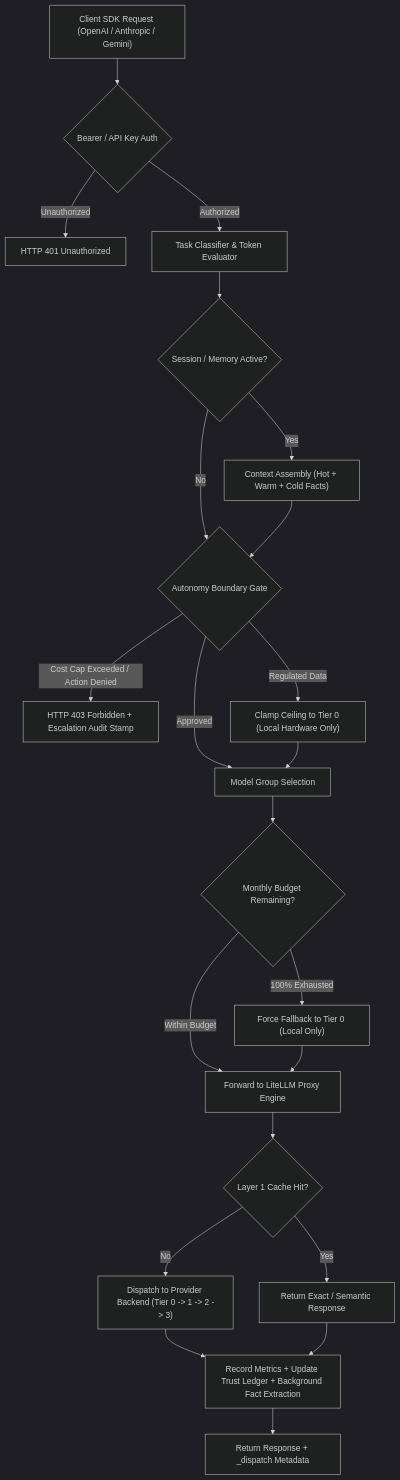
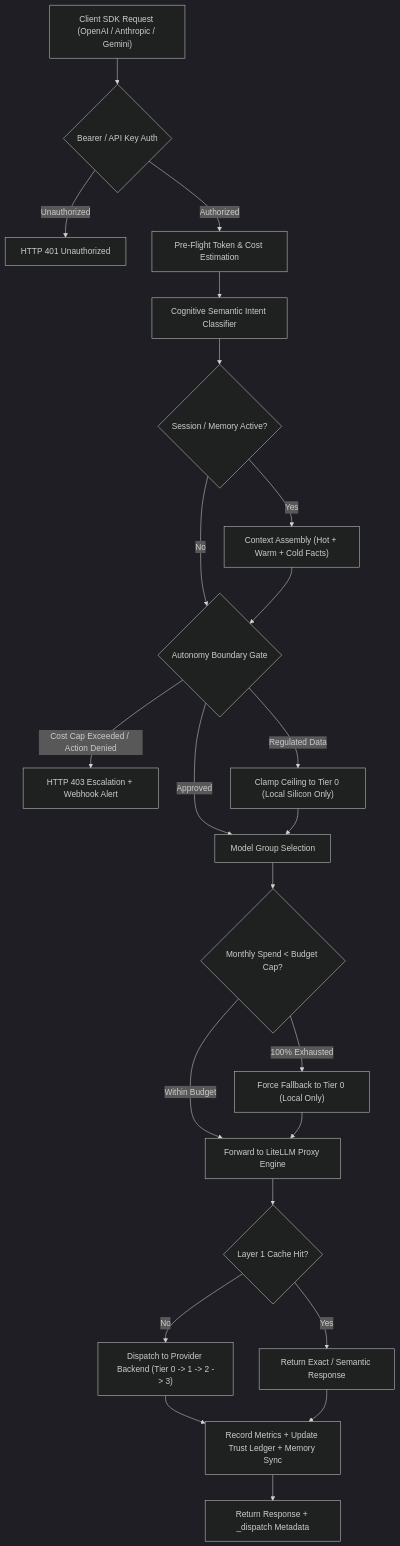
Before and after one commit to hoomanp/dispatch: the diagram in README.md, drawn with Mermaid (dark theme). The commit also changed other lines of this file and 2 other files, not shown here.

````diff
--- a/README.md
+++ b/README.md
@@ -82,30 +81,31 @@
 ```mermaid
 flowchart TD
     Client["Client SDK Request (OpenAI / Anthropic / Gemini)"] --> Auth{"Bearer / API Key Auth"}
     Auth -- Unauthorized --> Err401["HTTP 401 Unauthorized"]
-    Auth -- Authorized --> Classify["Task Classifier & Token Evaluator"]
+    Auth -- Authorized --> CostPreFlight["Pre-Flight Token & Cost Estimation"]
     
+    CostPreFlight --> Classify["Cognitive Semantic Intent Classifier"]
     Classify --> MemoryCheck{"Session / Memory Active?"}
     MemoryCheck -- Yes --> InjectContext["Context Assembly (Hot + Warm + Cold Facts)"]
     MemoryCheck -- No --> BoundaryGate
     InjectContext --> BoundaryGate
     
     BoundaryGate{"Autonomy Boundary Gate"}
-    BoundaryGate -- "Cost Cap Exceeded / Action Denied" --> Escalate["HTTP 403 Forbidden + Escalation Audit Stamp"]
-    BoundaryGate -- "Regulated Data" --> ClampLocal["Clamp Ceiling to Tier 0 (Local Hardware Only)"]
+    BoundaryGate -- "Cost Cap Exceeded / Action Denied" --> Escalate["HTTP 403 Escalation + Webhook Alert"]
+    BoundaryGate -- "Regulated Data" --> ClampLocal["Clamp Ceiling to Tier 0 (Local Silicon Only)"]
     BoundaryGate -- "Approved" --> ModelSelect["Model Group Selection"]
     ClampLocal --> ModelSelect
     
-    ModelSelect --> BudgetCheck{"Monthly Budget Remaining?"}
+    ModelSelect --> BudgetCheck{"Monthly Spend < Budget Cap?"}
     BudgetCheck -- "100% Exhausted" --> ForceTier0["Force Fallback to Tier 0 (Local Only)"]
     BudgetCheck -- "Within Budget" --> LiteLLM["Forward to LiteLLM Proxy Engine"]
     ForceTier0 --> LiteLLM
     
     LiteLLM --> CacheCheck{"Layer 1 Cache Hit?"}
     CacheCheck -- Yes --> ReturnCache["Return Exact / Semantic Response"]
     CacheCheck -- No --> ProviderDispatch["Dispatch to Provider Backend (Tier 0 -> 1 -> 2 -> 3)"]
     
-    ProviderDispatch --> PostProcess["Record Metrics + Update Trust Ledger + Background Fact Extraction"]
+    ProviderDispatch --> PostProcess["Record Metrics + Update Trust Ledger + Memory Sync"]
     ReturnCache --> PostProcess
     PostProcess --> ClientResponse["Return Response + _dispatch Metadata"]
 ```
````
